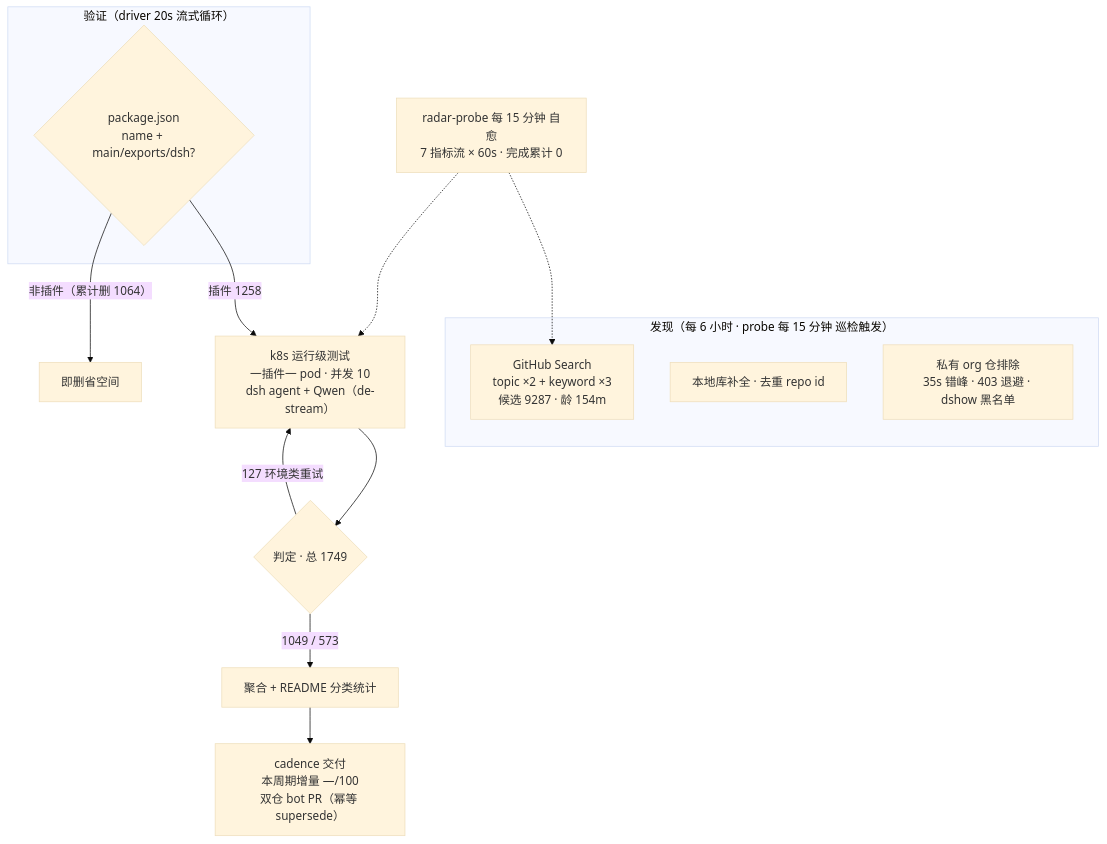
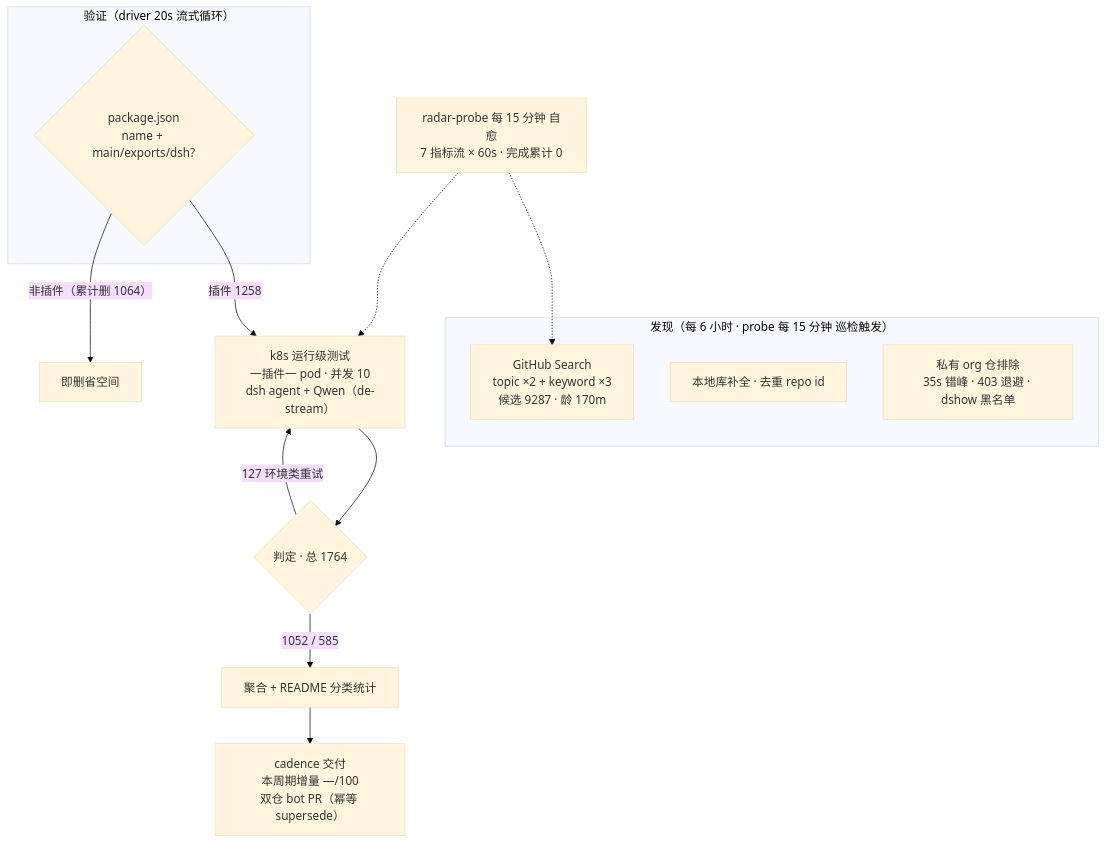
One commit to Zhidao-Lab-OSS/awesome-dsh-plugins changed the diagram in README.md. Above: the diagram before and after it, drawn with Mermaid (base theme). The commit also changed other lines of this file and 1 other file, not shown here.

````diff
--- a/README.md
+++ b/README.md
@@ -37,19 +37,19 @@
 ```mermaid
 flowchart TB
     subgraph Discovery[" 发现（每 6 小时 · probe 每 15 分钟 巡检触发）"]
-        A1["GitHub Search<br/>topic ×2 + keyword ×3<br/>候选 9287 · 龄 154m"]
+        A1["GitHub Search<br/>topic ×2 + keyword ×3<br/>候选 9287 · 龄 170m"]
         A2["本地库补全 · 去重 repo id"]
         A3[" 私有 org 仓排除<br/>35s 错峰 · 403 退避 · dshow 黑名单"]
     end
     subgraph Validation[" 验证（driver 20s 流式循环）"]
         B1{"package.json<br/>name + main/exports/dsh?"}
     end
     B1 -->|"插件 1258"| C1["k8s 运行级测试<br/>一插件一 pod · 并发 10<br/>dsh agent + Qwen（de-stream）"]
     B1 -->|"非插件（累计删 1064）"| B3[" 即删省空间"]
-    C1 --> D1{"判定 · 总 1749"}
-    D1 -->|" 1049 /  573"| E1["聚合 + README 分类统计"]
+    C1 --> D1{"判定 · 总 1764"}
+    D1 -->|" 1052 /  585"| E1["聚合 + README 分类统计"]
     D1 -->|" 127 环境类重试"| C1
     E1 --> E2["cadence 交付<br/>本周期增量 —/100<br/>双仓 bot PR（幂等 supersede）"]
     M[" radar-probe 每 15 分钟 自愈<br/>7 指标流 × 60s · 完成累计 0"] -.-> A1
     M -.-> C1
 ```
````
